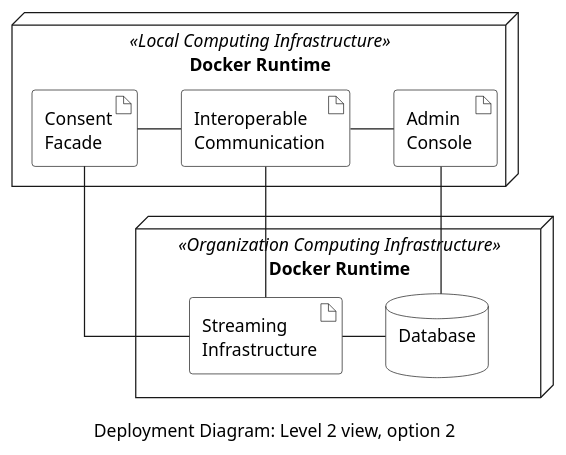
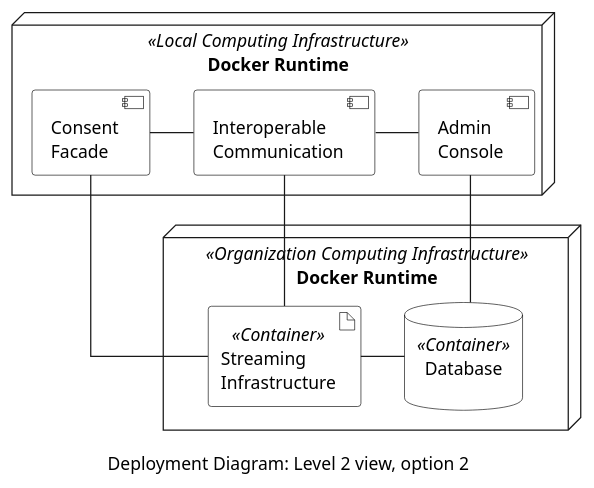
The diagram in arc42/07-deployment-view/figures/deployment-diagram-option-2.puml (eddie-energy/architecture), drawn with PlantUML before and after one commit. The commit also changed 10 other files, not shown here.

```diff
--- a/arc42/07-deployment-view/figures/deployment-diagram-option-2.puml
+++ b/arc42/07-deployment-view/figures/deployment-diagram-option-2.puml
@@ -1,45 +1,49 @@
 @startuml deployment-diagram-option-2
 'deployment diagram
 caption Deployment Diagram: Level 2 view, option 2
 
 skinparam linetype ortho
 skinparam interface {
   backgroundColor transparent
   borderColor black
 }
 skinparam artifact{
+  BorderColor black
+  BackgroundColor transparent
+}
+skinparam component{
   BorderColor black
   BackgroundColor transparent
 }
 skinparam actor{
   BorderColor black
   BackgroundColor transparent
 }
 skinparam database{
   BorderColor black
   BackgroundColor transparent
 }
 skinparam rectangle{
   BorderColor transparent
   BackgroundColor transparent
   FontColor transparent
 }
 
   node "Docker Runtime" <<Local Computing Infrastructure>> as local {    
-    artifact "Consent\nFacade" as consentFacade
-    artifact "Interoperable\nCommunication" as comm
-    artifact "Admin\nConsole" as adminConsole
+    component "Consent\nFacade" as consentFacade
+    component "Interoperable\nCommunication" as comm
+    component "Admin\nConsole" as adminConsole
   }
-  node "Docker Runtime" <<Organization Computing Infrastructure>> as org {    
-    artifact "Streaming\nInfrastructure" as broker
-    database "Database\n" as database
+  node "Docker Runtime" <<Organization Computing Infrastructure>> as org {
+    artifact "Streaming\nInfrastructure" <<Container>> as broker
+    database "Database\n" <<Container>> as database
   }
 
   consentFacade -right- comm
   adminConsole -left- comm
   consentFacade -down- broker
   database -left- broker
   comm -down- broker
   adminConsole -down- database
 
 @enduml
```
